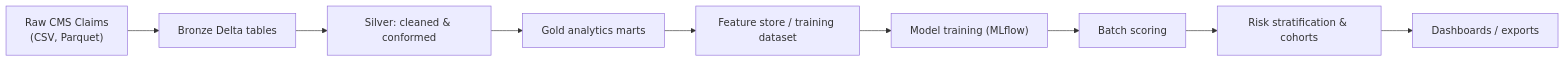
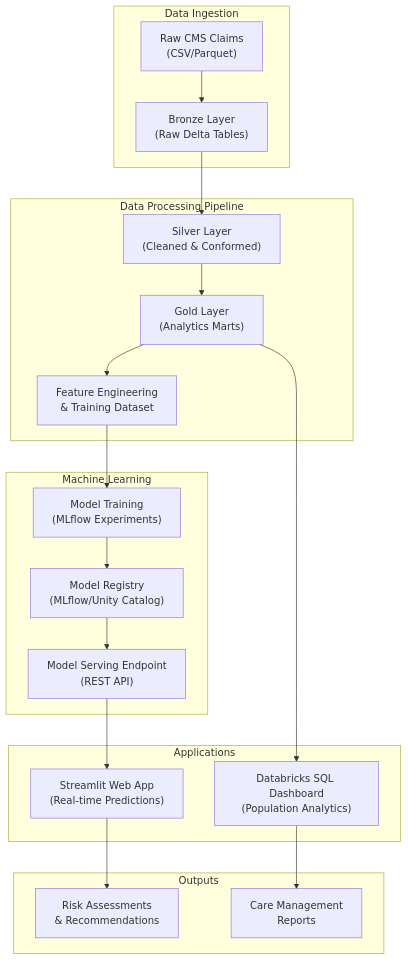
Before and after one commit to GeamXD/Population_Health_-_Readmission_Risk: the diagram in README.md, drawn with Mermaid. The commit also changed other lines of this file, not shown here.

````diff
--- a/README.md
+++ b/README.md
@@ -19,11 +43,28 @@
 ```mermaid
-flowchart LR
-  A["Raw CMS Claims<br/>(CSV, Parquet)"] --> B["Bronze Delta tables"]
-  B --> C["Silver: cleaned & conformed"]
-  C --> D["Gold analytics marts"]
-  D --> E["Feature store / training dataset"]
-  E --> F["Model training (MLflow)"]
-  F --> G["Batch scoring"]
-  G --> H["Risk stratification & cohorts"]
-  H --> I["Dashboards / exports"]
+flowchart TB
+  subgraph "Data Ingestion"
+    A["Raw CMS Claims<br/>(CSV/Parquet)"] --> B["Bronze Layer<br/>(Raw Delta Tables)"]
+  end
+  
+  subgraph "Data Processing Pipeline"
+    B --> C["Silver Layer<br/>(Cleaned & Conformed)"]
+    C --> D["Gold Layer<br/>(Analytics Marts)"]
+    D --> E["Feature Engineering<br/>& Training Dataset"]
+  end
+  
+  subgraph "Machine Learning"
+    E --> F["Model Training<br/>(MLflow Experiments)"]
+    F --> G["Model Registry<br/>(MLflow/Unity Catalog)"]
+    G --> H["Model Serving Endpoint<br/>(REST API)"]
+  end
+  
+  subgraph "Applications"
+    H --> I["Streamlit Web App<br/>(Real-time Predictions)"]
+    D --> J["Databricks SQL Dashboard<br/>(Population Analytics)"]
+  end
+  
+  subgraph "Outputs"
+    I --> K["Risk Assessments<br/>& Recommendations"]
+    J --> L["Care Management<br/>Reports"]
+  end
 ```
````
